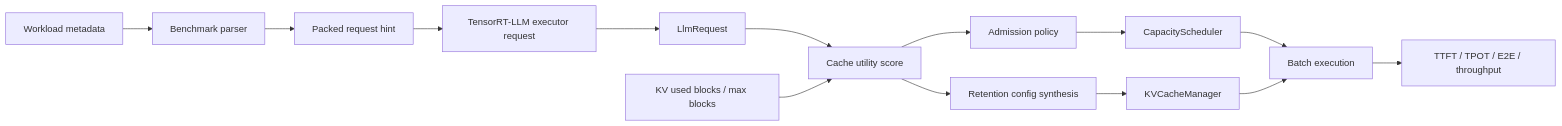
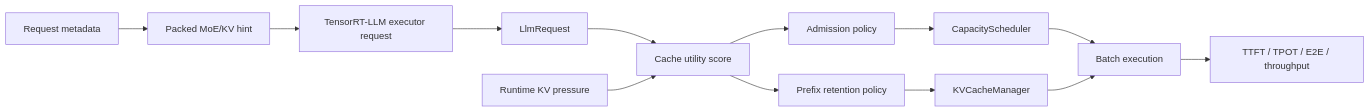
The diagram in README.md (LongWeihan/trtllm-moe-kv-scheduler), drawn with Mermaid before and after one commit. The commit also changed other lines of this file, not shown here.

````diff
--- a/README.md
+++ b/README.md
@@ -104,16 +50,15 @@
 ```mermaid
 flowchart LR
-    A[Workload metadata] --> B[Benchmark parser]
-    B --> C[Packed request hint]
-    C --> D[TensorRT-LLM executor request]
-    D --> E[LlmRequest]
-    E --> F[Cache utility score]
-    G[KV used blocks / max blocks] --> F
-    F --> H[Admission policy]
-    F --> I[Retention config synthesis]
-    H --> J[CapacityScheduler]
-    I --> K[KVCacheManager]
-    J --> L[Batch execution]
-    K --> L
-    L --> M[TTFT / TPOT / E2E / throughput]
+    A[Request metadata] --> B[Packed MoE/KV hint]
+    B --> C[TensorRT-LLM executor request]
+    C --> D[LlmRequest]
+    D --> E[Cache utility score]
+    F[Runtime KV pressure] --> E
+    E --> G[Admission policy]
+    E --> H[Prefix retention policy]
+    G --> I[CapacityScheduler]
+    H --> J[KVCacheManager]
+    I --> K[Batch execution]
+    J --> K
+    K --> L[TTFT / TPOT / E2E / throughput]
 ```
````
